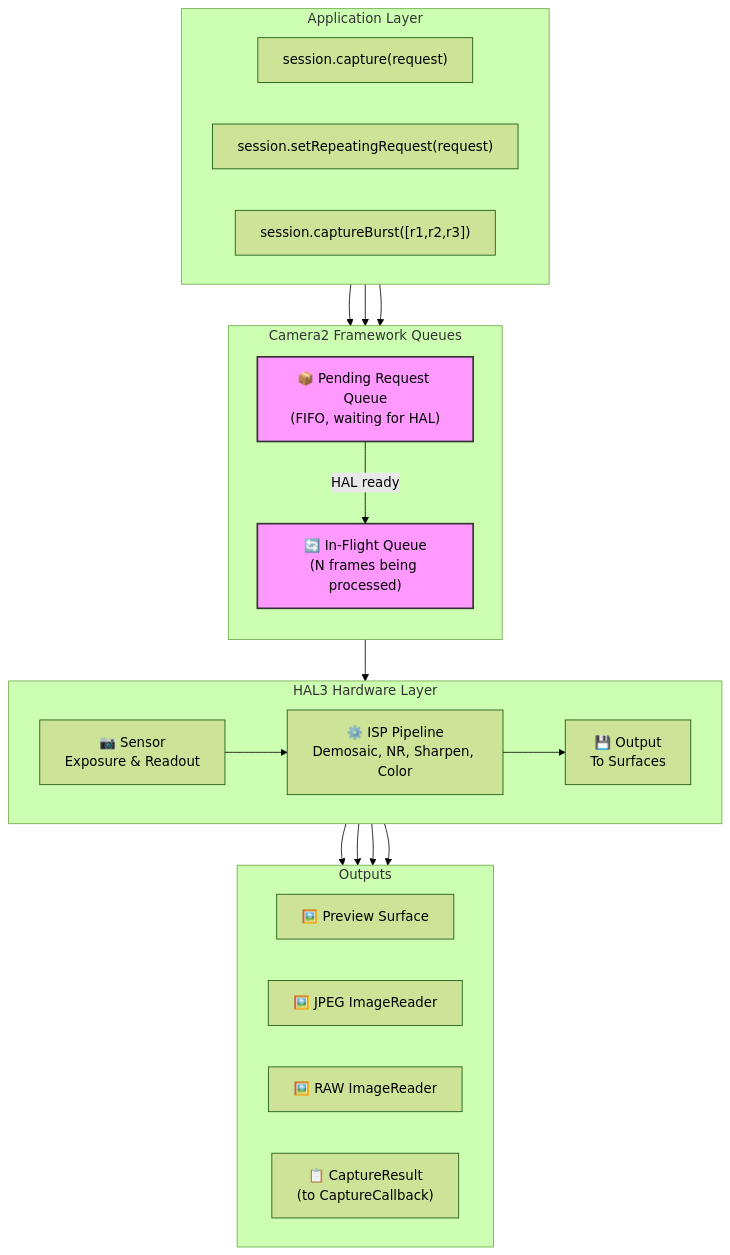
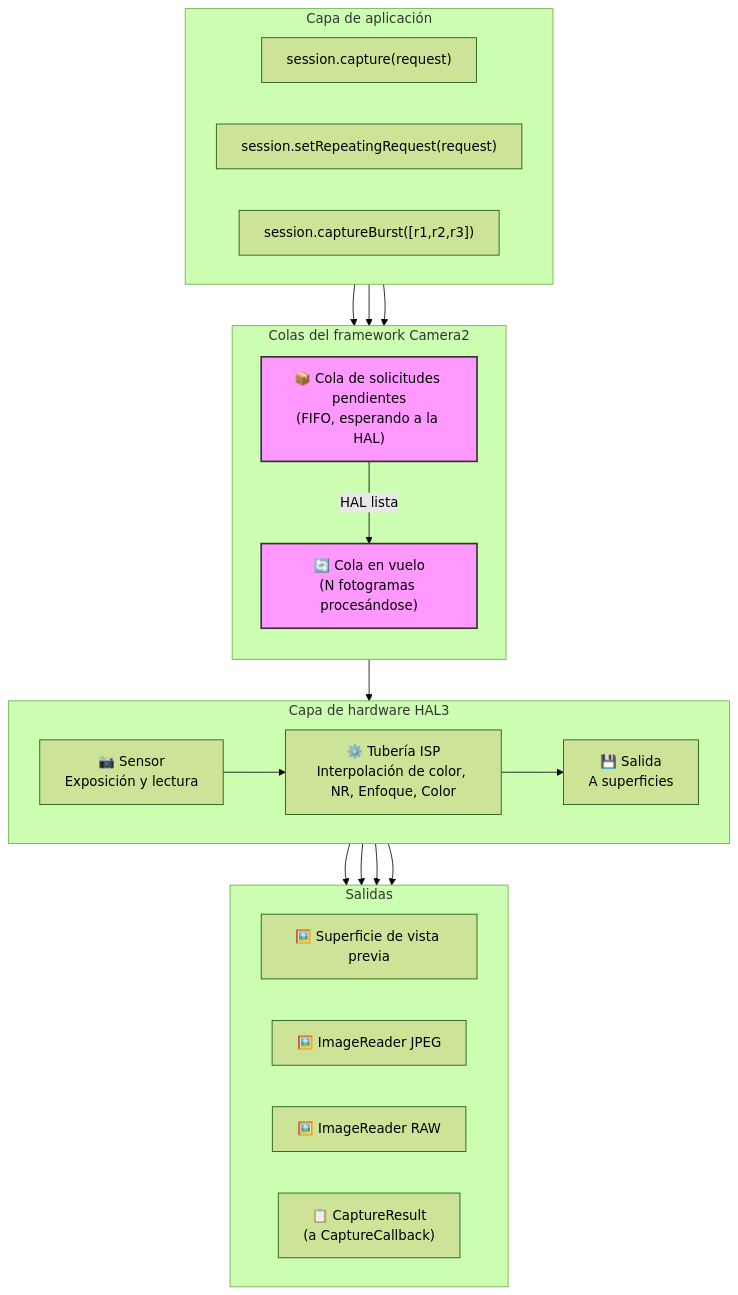
Before and after one commit to zoozooll/AndroidCameraParameters: the first of 4 diagrams in website/i18n/es/docusaurus-plugin-content-docs/current/camera2/the-camera2-pipeline.md, drawn with Mermaid (forest theme). The commit also changed other lines of this file and 378 other files, not shown here.

````diff
--- a/website/i18n/es/docusaurus-plugin-content-docs/current/camera2/the-camera2-pipeline.md
+++ b/website/i18n/es/docusaurus-plugin-content-docs/current/camera2/the-camera2-pipeline.md
@@ -160,45 +160,45 @@
 ```mermaid
 flowchart TB
-    subgraph APP ["Application Layer"]
+    subgraph APP ["Capa de aplicación"]
         direction LR
         A1["session.capture(request)"]
         A2["session.setRepeatingRequest(request)"]
         A3["session.captureBurst([r1,r2,r3])"]
     end
 
-    subgraph FW ["Camera2 Framework Queues"]
+    subgraph FW ["Colas del framework Camera2"]
         direction TB
-        PQ["📦 Pending Request Queue<br/>(FIFO, waiting for HAL)"]:::queue
-        IFQ["🔄 In-Flight Queue<br/>(N frames being processed)"]:::queue
-        PQ -->|HAL ready| IFQ
+        PQ["📦 Cola de solicitudes pendientes<br/>(FIFO, esperando a la HAL)"]:::queue
+        IFQ["🔄 Cola en vuelo<br/>(N fotogramas procesándose)"]:::queue
+        PQ -->|HAL lista| IFQ
     end
 
-    subgraph HAL ["HAL3 Hardware Layer"]
+    subgraph HAL ["Capa de hardware HAL3"]
         direction LR
-        S["📷 Sensor<br/>Exposure & Readout"]
-        I["⚙️ ISP Pipeline<br/>Demosaic, NR, Sharpen, Color"]
-        O["💾 Output<br/>To Surfaces"]
+        S["📷 Sensor<br/>Exposición y lectura"]
+        I["⚙️ Tubería ISP<br/>Interpolación de color, NR, Enfoque, Color"]
+        O["💾 Salida<br/>A superficies"]
         S --> I --> O
     end
 
-    subgraph OUTPUTS ["Outputs"]
+    subgraph OUTPUTS ["Salidas"]
         direction LR
-        PREV["🖼️ Preview Surface"]
-        JPEG["🖼️ JPEG ImageReader"]
-        RAW["🖼️ RAW ImageReader"]
-        RES["📋 CaptureResult<br/>(to CaptureCallback)"]
+        PREV["🖼️ Superficie de vista previa"]
+        JPEG["🖼️ ImageReader JPEG"]
+        RAW["🖼️ ImageReader RAW"]
+        RES["📋 CaptureResult<br/>(a CaptureCallback)"]
     end
 
     A1 --> PQ
     A2 --> PQ
     A3 --> PQ
     IFQ --> S
     O --> PREV
     O --> JPEG
     O --> RAW
     O --> RES
 
     classDef queue fill:#f9f,stroke:#333,stroke-width:2px;
     classDef app fill:#e3f2fd,stroke:#1565c0;
     classDef hal fill:#e8f5e9,stroke:#2e7d32;
 ```
````
